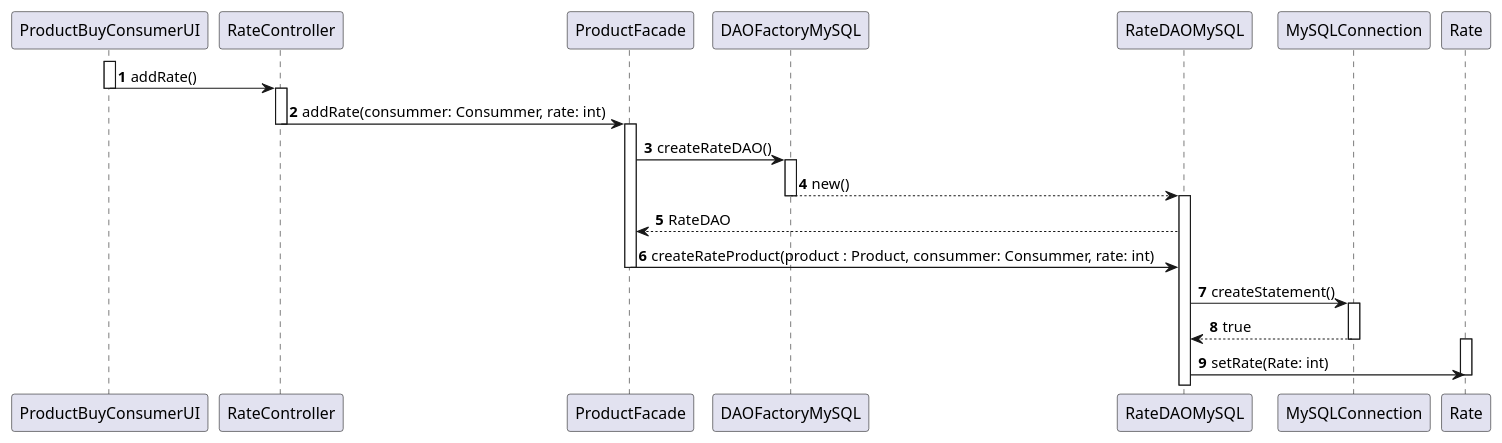
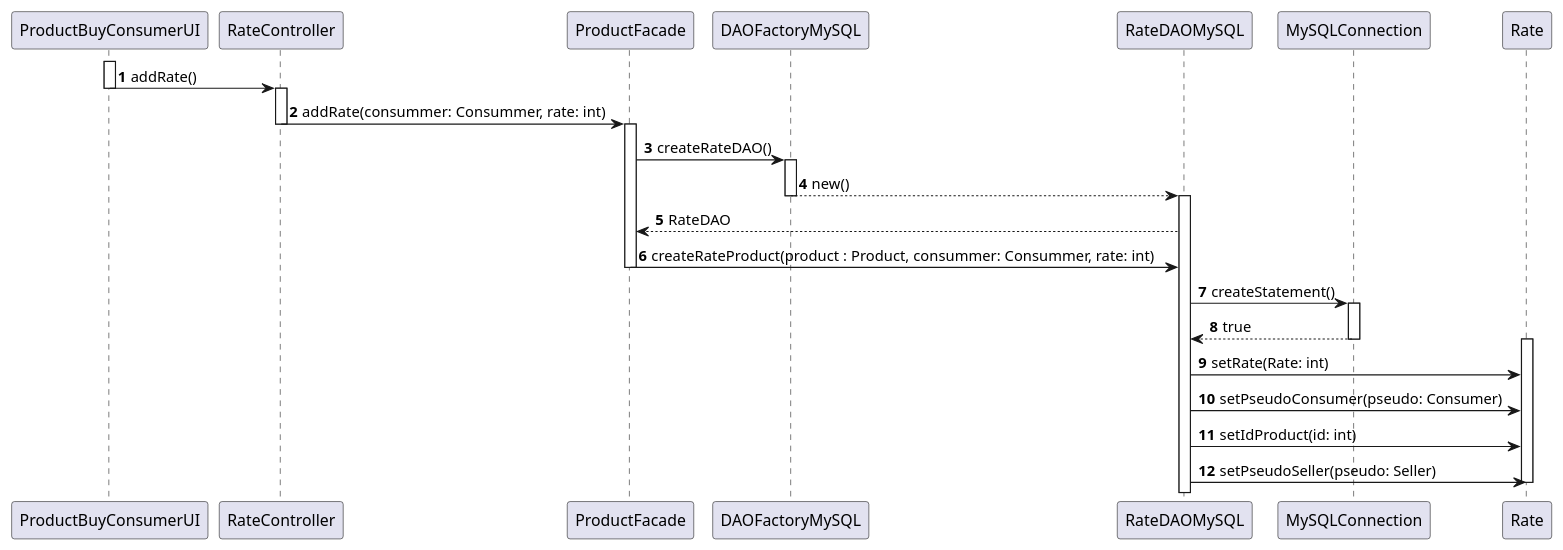
The diagram in Diagramms/CreateRateProductSequenceDiagram.puml (aymericCOUPRIE/Mercat), drawn with PlantUML before and after one commit. The commit also changed 3 other files, not shown here.

Commit message:
Search Sequence Diagram

```diff
--- a/Diagramms/CreateRateProductSequenceDiagram.puml
+++ b/Diagramms/CreateRateProductSequenceDiagram.puml
@@ -1,26 +1,29 @@
 @startuml
 autonumber
 activate ProductBuyConsumerUI
 ProductBuyConsumerUI -> RateController : addRate()
 deactivate ProductBuyConsumerUI
 activate RateController
 RateController -> ProductFacade : addRate(consummer: Consummer, rate: int)
 deactivate RateController
 activate ProductFacade
 ProductFacade -> DAOFactoryMySQL : createRateDAO()
 activate DAOFactoryMySQL
 DAOFactoryMySQL --> RateDAOMySQL: new()
 deactivate DAOFactoryMySQL
 activate RateDAOMySQL
 RateDAOMySQL --> ProductFacade: RateDAO
 ProductFacade -> RateDAOMySQL : createRateProduct(product : Product, consummer: Consummer, rate: int)
 deactivate ProductFacade
 RateDAOMySQL -> MySQLConnection : createStatement()
 activate MySQLConnection
 MySQLConnection --> RateDAOMySQL: true
 deactivate MySQLConnection
 activate Rate
 RateDAOMySQL -> Rate : setRate(Rate: int)
+RateDAOMySQL -> Rate :setPseudoConsumer(pseudo: Consumer)
+RateDAOMySQL -> Rate :setIdProduct(id: int)
+RateDAOMySQL -> Rate : setPseudoSeller(pseudo: Seller)
 deactivate Rate
 deactivate ProductFacade
 @enduml
```
